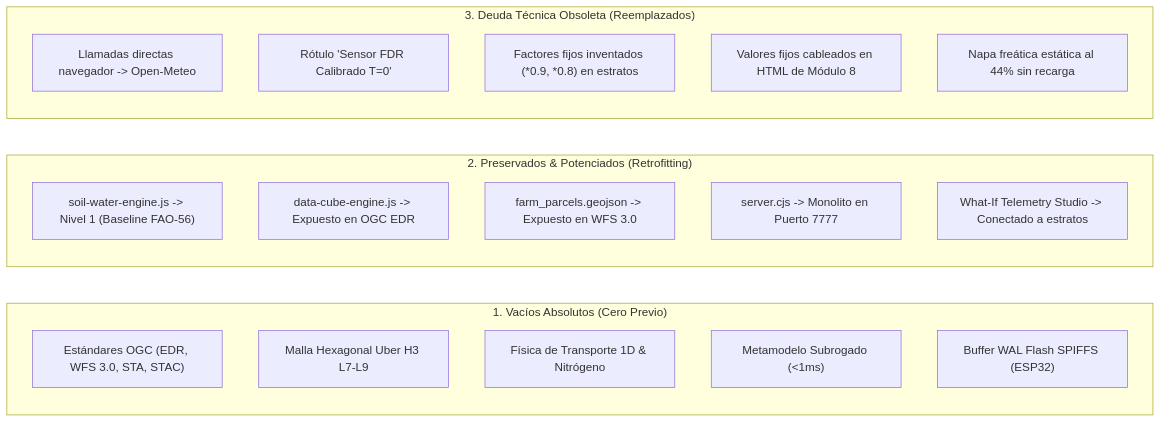
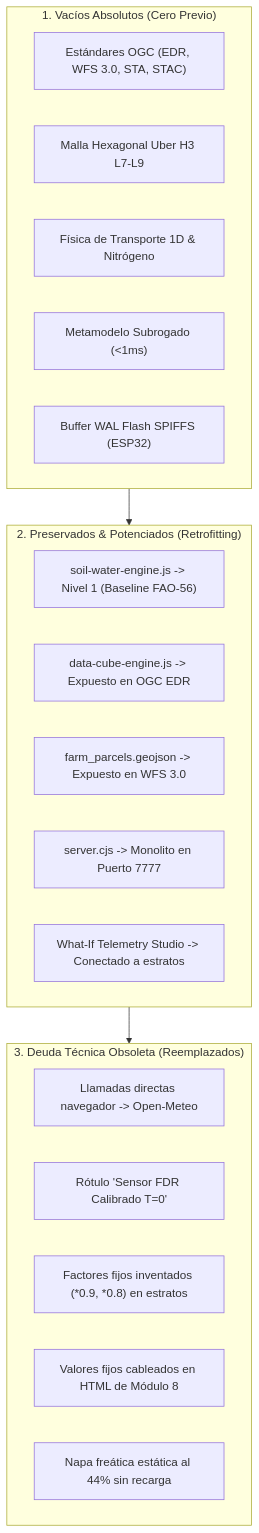
The tenth of 15 diagrams in webAgrotech/public/docs/TRATADO_MIGRACION_ARQUITECTURA_AGRITWIN_V3.md (danisantanderurrutia-coder/agrotech), drawn with Mermaid before and after one commit. The commit also changed other lines of this file and 4 other files, not shown here.

First line of the commit message:
docs(vault): actualizar Tratado v3.2.0 (20 caps, 67 pags, esquemas verticales y diagramas C-N/Kalman/Multitemporal)

````diff
--- a/webAgrotech/public/docs/TRATADO_MIGRACION_ARQUITECTURA_AGRITWIN_V3.md
+++ b/webAgrotech/public/docs/TRATADO_MIGRACION_ARQUITECTURA_AGRITWIN_V3.md
@@ -1574,26 +1879,28 @@
 ```mermaid
-flowchart LR
+flowchart TD
     subgraph CAT1 ["1. Vacíos Absolutos (Cero Previo)"]
         V1["Estándares OGC (EDR, WFS 3.0, STA, STAC)"]
         V2["Malla Hexagonal Uber H3 L7-L9"]
         V3["Física de Transporte 1D & Nitrógeno"]
         V4["Metamodelo Subrogado (<1ms)"]
         V5["Buffer WAL Flash SPIFFS (ESP32)"]
     end
 
     subgraph CAT2 ["2. Preservados & Potenciados (Retrofitting)"]
         M1["soil-water-engine.js -> Nivel 1 (Baseline FAO-56)"]
         M2["data-cube-engine.js -> Expuesto en OGC EDR"]
         M3["farm_parcels.geojson -> Expuesto en WFS 3.0"]
         M4["server.cjs -> Monolito en Puerto 7777"]
         M5["What-If Telemetry Studio -> Conectado a estratos"]
     end
 
     subgraph CAT3 ["3. Deuda Técnica Obsoleta (Reemplazados)"]
         O1["Llamadas directas navegador -> Open-Meteo"]
         O2["Rótulo 'Sensor FDR Calibrado T=0'"]
         O3["Factores fijos inventados (*0.9, *0.8) en estratos"]
         O4["Valores fijos cableados en HTML de Módulo 8"]
         O5["Napa freática estática al 44% sin recarga"]
     end
+
+    CAT1 --> CAT2 --> CAT3
 ```
````
